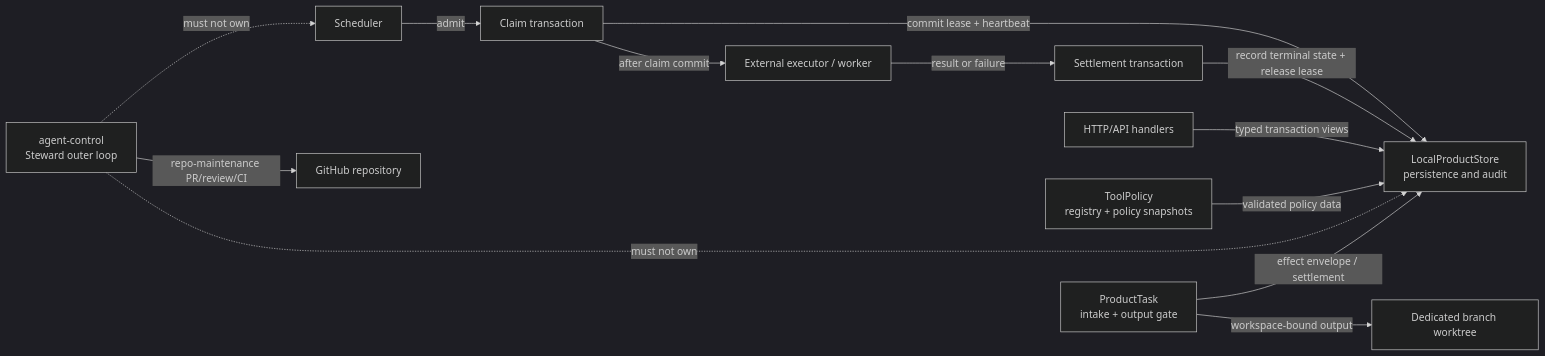
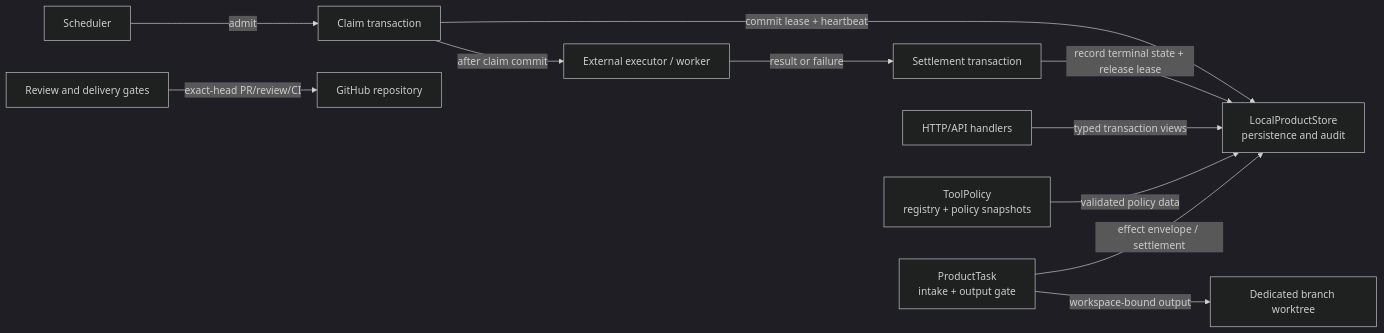
One commit to Igzela/token-efficient-agent-harness-lab changed the second of 2 diagrams in docs/ARCHITECTURE.md. Above: the diagram before and after it, drawn with Mermaid (dark theme). The commit also changed other lines of this file and 65 other files, not shown here.

First line of the commit message:
maintenance: remove WorkCard control-plane mechanism (#738)

````diff
--- a/docs/ARCHITECTURE.md
+++ b/docs/ARCHITECTURE.md
@@ -333,15 +224,13 @@
 ```mermaid
 flowchart LR
     SCHED["Scheduler"] -->|admit| CLAIM["Claim transaction"]
     CLAIM -->|commit lease + heartbeat| STORE["LocalProductStore\npersistence and audit"]
     CLAIM -->|after claim commit| EXEC["External executor / worker"]
     EXEC -->|result or failure| SETTLE["Settlement transaction"]
     SETTLE -->|record terminal state + release lease| STORE
     API["HTTP/API handlers"] -->|typed transaction views| STORE
     POLICY["ToolPolicy\nregistry + policy snapshots"] -->|validated policy data| STORE
     TASK["ProductTask\nintake + output gate"] -->|workspace-bound output| TARGET["Dedicated branch worktree"]
-    STEWARD["agent-control\nSteward outer loop"] -->|repo-maintenance PR/review/CI| GIT["GitHub repository"]
-    STEWARD -. must not own .-> STORE
-    STEWARD -. must not own .-> SCHED
+    REVIEW["Review and delivery gates"] -->|exact-head PR/review/CI| GIT["GitHub repository"]
     TASK -->|effect envelope / settlement| STORE
 ```
````
